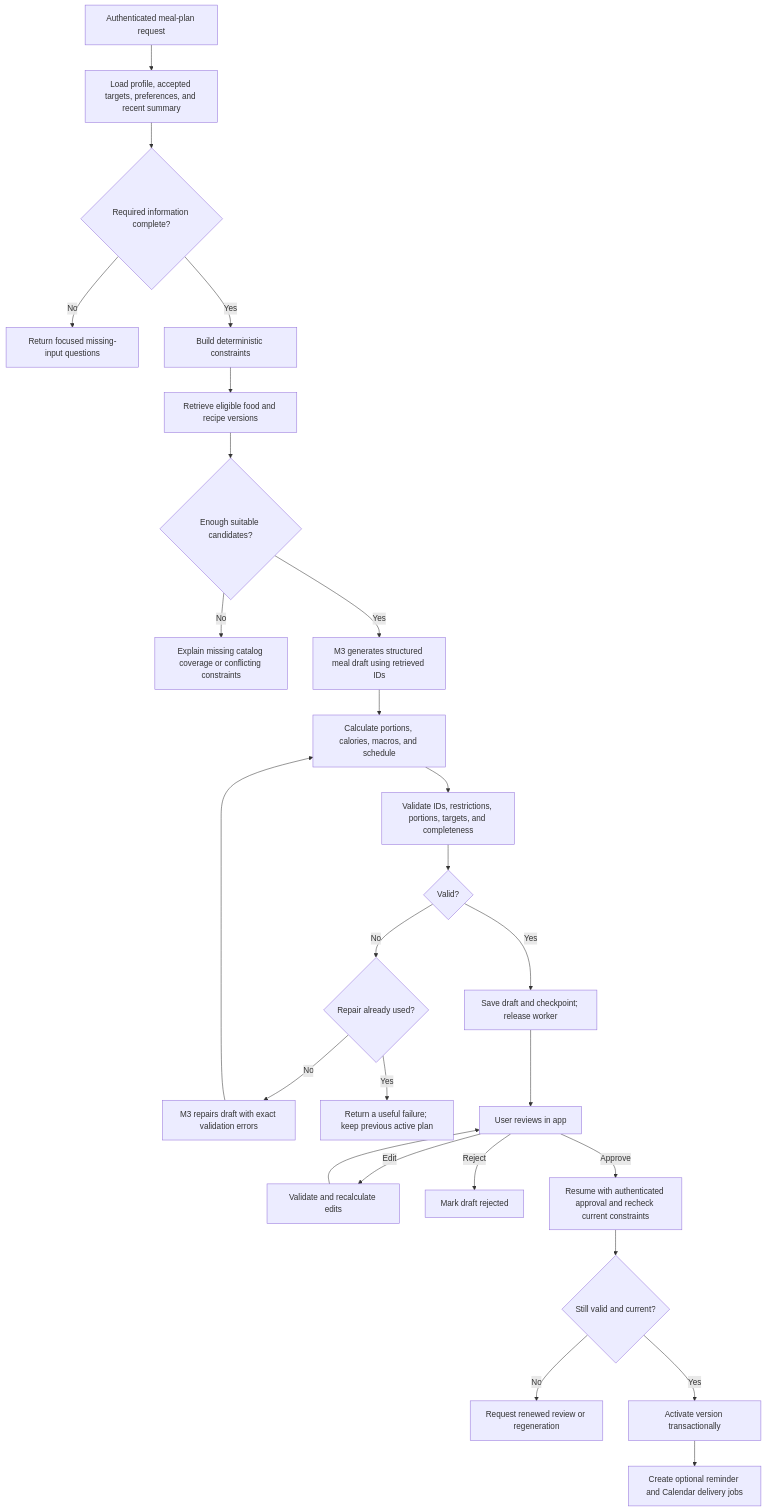
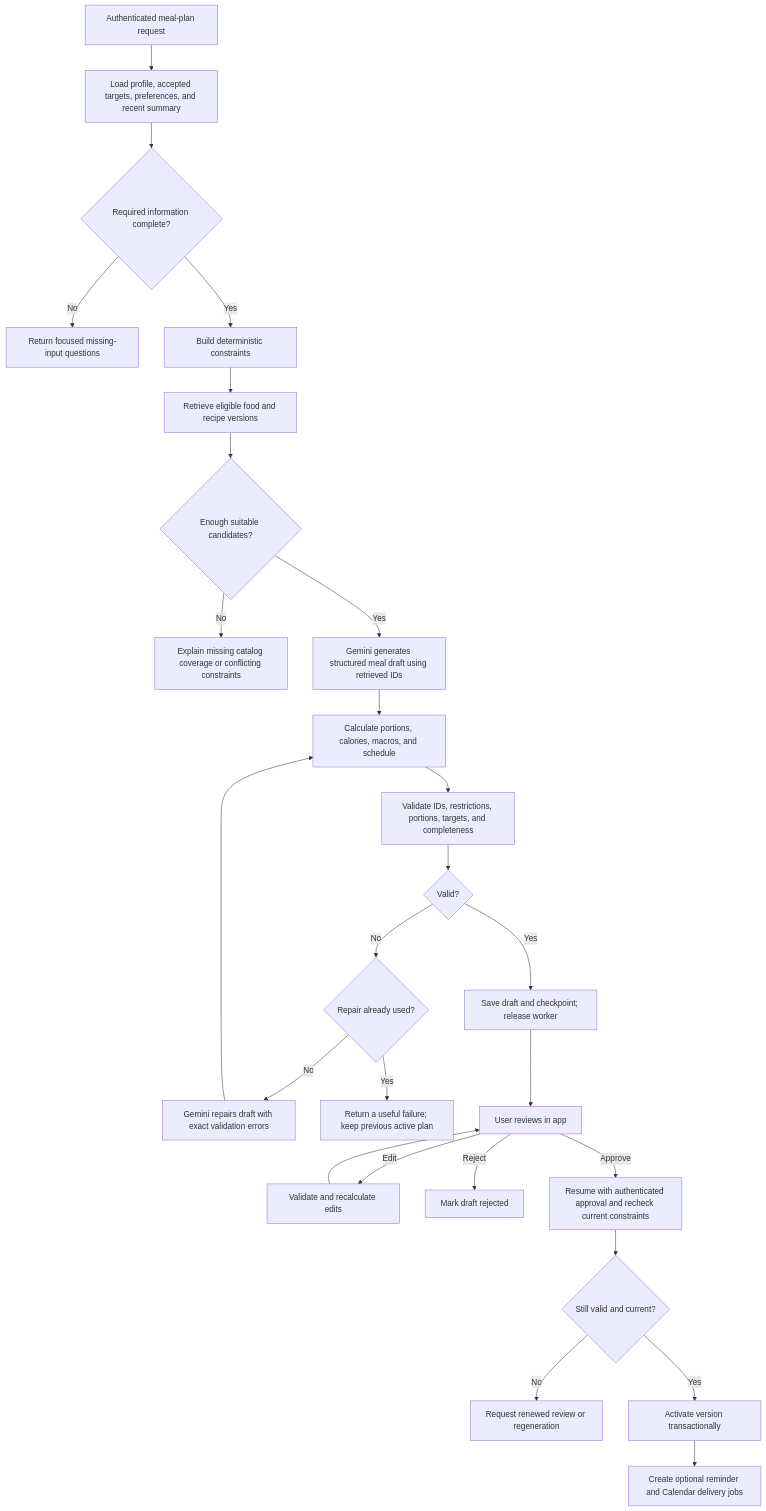
One commit to siddharthg2309/healthcare changed the second of 5 diagrams in docs/IMPLEMENTATION_PLAN.md. Above: the diagram before and after it, drawn with Mermaid. The commit also changed other lines of this file and 13 other files, not shown here.

````diff
--- a/docs/IMPLEMENTATION_PLAN.md
+++ b/docs/IMPLEMENTATION_PLAN.md
@@ -510,28 +498,28 @@
 ```mermaid
 flowchart TD
   A[Authenticated meal-plan request] --> B[Load profile, accepted targets, preferences, and recent summary]
   B --> C{Required information complete?}
   C -- No --> D[Return focused missing-input questions]
   C -- Yes --> E[Build deterministic constraints]
   E --> F[Retrieve eligible food and recipe versions]
   F --> G{Enough suitable candidates?}
   G -- No --> H[Explain missing catalog coverage or conflicting constraints]
-  G -- Yes --> I[M3 generates structured meal draft using retrieved IDs]
+  G -- Yes --> I[Gemini generates structured meal draft using retrieved IDs]
   I --> J[Calculate portions, calories, macros, and schedule]
   J --> K[Validate IDs, restrictions, portions, targets, and completeness]
   K --> L{Valid?}
   L -- No --> M{Repair already used?}
-  M -- No --> N[M3 repairs draft with exact validation errors]
+  M -- No --> N[Gemini repairs draft with exact validation errors]
   N --> J
   M -- Yes --> O[Return a useful failure; keep previous active plan]
   L -- Yes --> P[Save draft and checkpoint; release worker]
   P --> Q[User reviews in app]
   Q -- Edit --> R[Validate and recalculate edits]
   R --> Q
   Q -- Reject --> S[Mark draft rejected]
   Q -- Approve --> T[Resume with authenticated approval and recheck current constraints]
   T --> U{Still valid and current?}
   U -- No --> V[Request renewed review or regeneration]
   U -- Yes --> W[Activate version transactionally]
   W --> X[Create optional reminder and Calendar delivery jobs]
 ```
````
